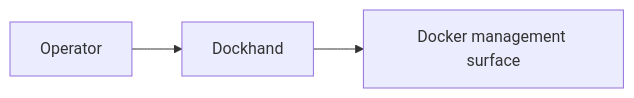
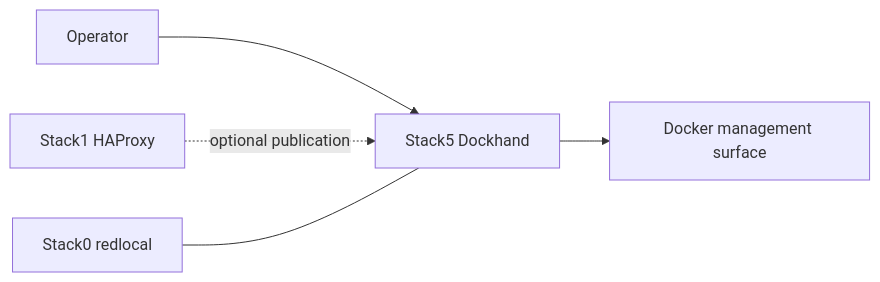
One commit to ea1het/local_hybrid_ai changed the diagram in stack5_-_dockhand/README.md. Above: the diagram before and after it, drawn with Mermaid. The commit also changed other lines of this file, not shown here.

Commit message:
docs: expand Stack5 canonical documentation

````diff
--- a/stack5_-_dockhand/README.md
+++ b/stack5_-_dockhand/README.md
@@ -5,5 +7,7 @@
 ```mermaid
 flowchart LR
-    Operator --> Dockhand
+    Operator[Operator] --> Dockhand[Stack5 Dockhand]
     Dockhand --> Docker[Docker management surface]
+    Ingress[Stack1 HAProxy] -. optional publication .-> Dockhand
+    Network[Stack0 redlocal] --- Dockhand
 ```
````
